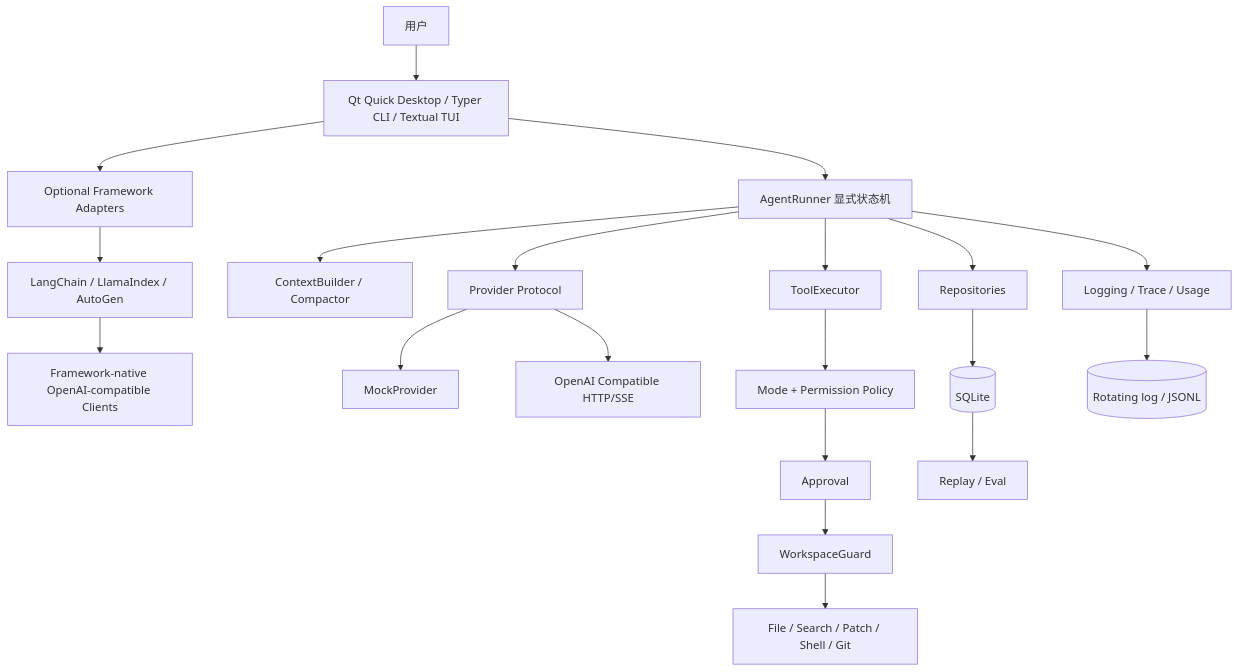
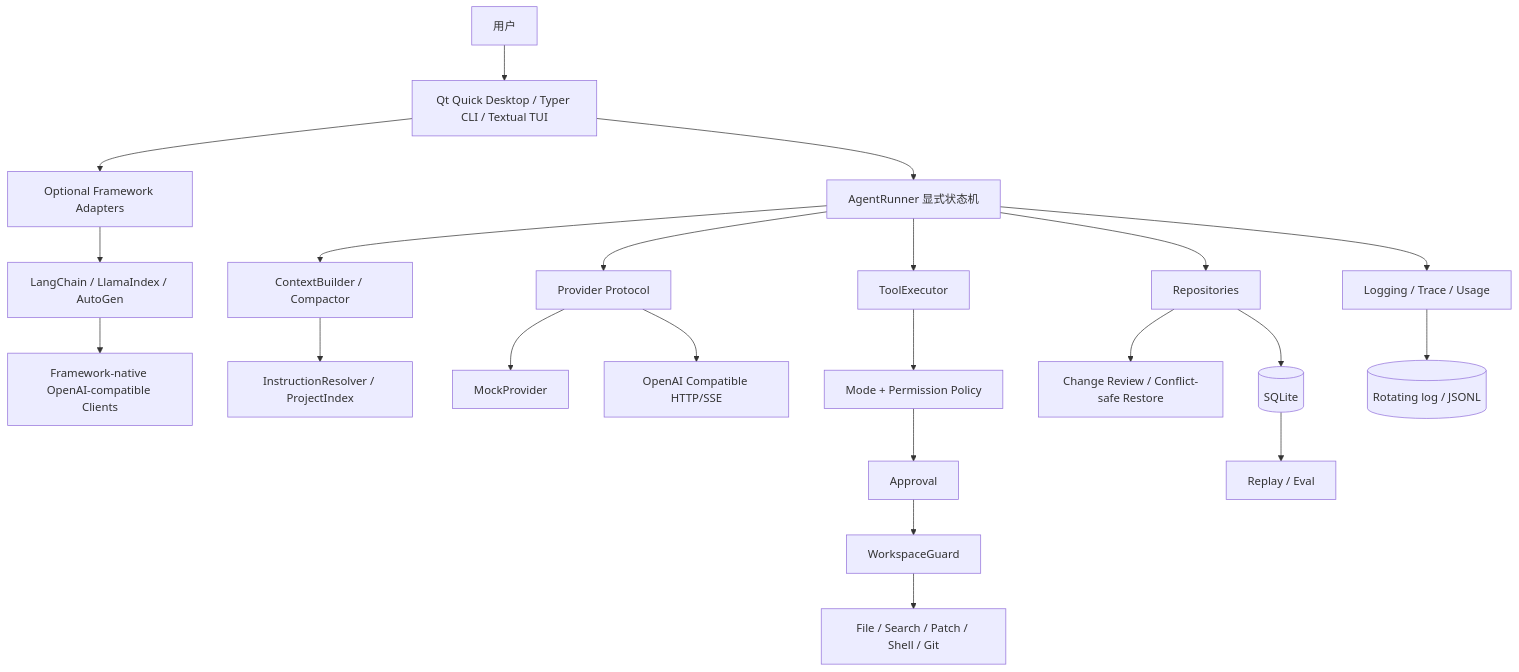
The diagram in docs/ARCHITECTURE.md (YfengJ/yf-harness), drawn with Mermaid before and after one commit. The commit also changed other lines of this file and 29 other files, not shown here.

Commit message:
feat: add project intelligence and safe desktop review

````diff
--- a/docs/ARCHITECTURE.md
+++ b/docs/ARCHITECTURE.md
@@ -5,22 +5,24 @@
 ```mermaid
 flowchart TB
   U[用户] --> UI[Qt Quick Desktop / Typer CLI / Textual TUI]
   UI --> FI[Optional Framework Adapters]
   FI --> LC[LangChain / LlamaIndex / AutoGen]
   LC --> FC[Framework-native OpenAI-compatible Clients]
   UI --> AR[AgentRunner 显式状态机]
   AR --> CE[ContextBuilder / Compactor]
+  CE --> PI[InstructionResolver / ProjectIndex]
   AR --> PP[Provider Protocol]
   PP --> MP[MockProvider]
   PP --> OP[OpenAI Compatible HTTP/SSE]
   AR --> TE[ToolExecutor]
   TE --> PO[Mode + Permission Policy]
   PO --> AP[Approval]
   AP --> WG[WorkspaceGuard]
   WG --> TS[File / Search / Patch / Shell / Git]
   AR --> RP[Repositories]
+  RP --> CR[Change Review / Conflict-safe Restore]
   RP --> DB[(SQLite)]
   AR --> OB[Logging / Trace / Usage]
   OB --> LG[(Rotating log / JSONL)]
   DB --> RE[Replay / Eval]
 ```
````
